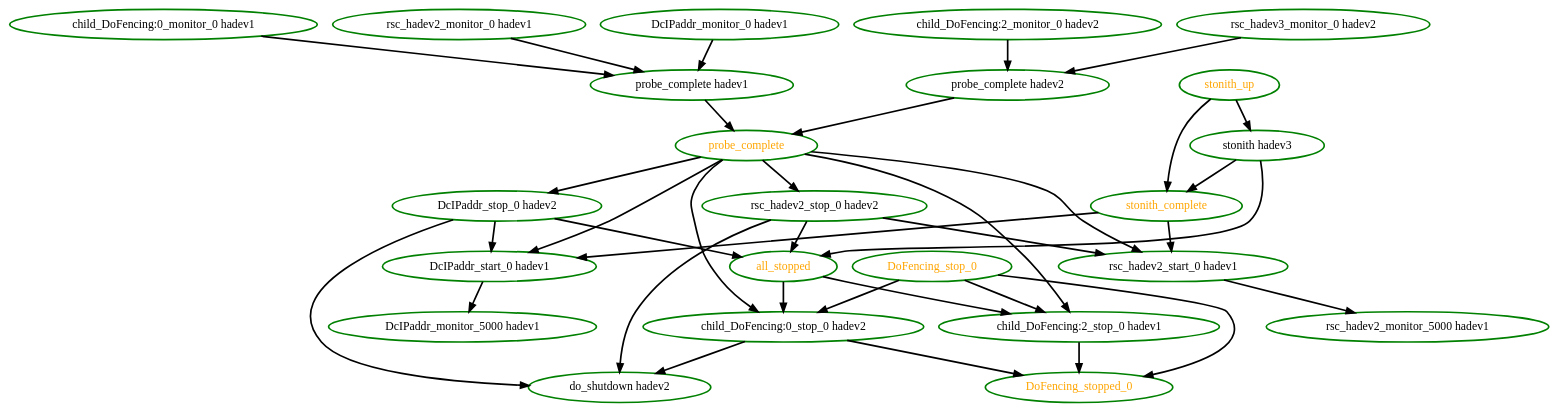
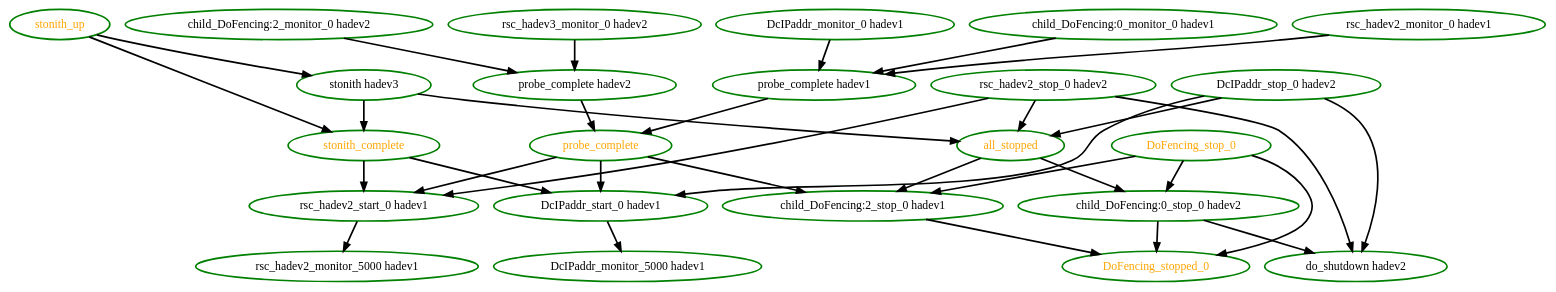
Before and after one commit to ClusterLabs/pacemaker: the diagram in pengine/test10/594.dot, drawn with Graphviz. The commit also changed 17 other files, not shown here.

```diff
--- a/pengine/test10/594.dot
+++ b/pengine/test10/594.dot
@@ -1,60 +1,57 @@
 digraph "g" {
 "DcIPaddr_monitor_0 hadev1" -> "probe_complete hadev1" [ style = bold]
 "DcIPaddr_monitor_0 hadev1" [ style=bold color="green" fontcolor="black" ]
 "DcIPaddr_monitor_5000 hadev1" [ style=bold color="green" fontcolor="black" ]
 "DcIPaddr_start_0 hadev1" -> "DcIPaddr_monitor_5000 hadev1" [ style = bold]
 "DcIPaddr_start_0 hadev1" [ style=bold color="green" fontcolor="black" ]
 "DcIPaddr_stop_0 hadev2" -> "DcIPaddr_start_0 hadev1" [ style = bold]
 "DcIPaddr_stop_0 hadev2" -> "all_stopped" [ style = bold]
 "DcIPaddr_stop_0 hadev2" -> "do_shutdown hadev2" [ style = bold]
 "DcIPaddr_stop_0 hadev2" [ style=bold color="green" fontcolor="black" ]
 "DoFencing_stop_0" -> "DoFencing_stopped_0" [ style = bold]
 "DoFencing_stop_0" -> "child_DoFencing:0_stop_0 hadev2" [ style = bold]
 "DoFencing_stop_0" -> "child_DoFencing:2_stop_0 hadev1" [ style = bold]
 "DoFencing_stop_0" [ style=bold color="green" fontcolor="orange" ]
 "DoFencing_stopped_0" [ style=bold color="green" fontcolor="orange" ]
 "all_stopped" -> "child_DoFencing:0_stop_0 hadev2" [ style = bold]
 "all_stopped" -> "child_DoFencing:2_stop_0 hadev1" [ style = bold]
 "all_stopped" [ style=bold color="green" fontcolor="orange" ]
 "child_DoFencing:0_monitor_0 hadev1" -> "probe_complete hadev1" [ style = bold]
 "child_DoFencing:0_monitor_0 hadev1" [ style=bold color="green" fontcolor="black" ]
 "child_DoFencing:0_stop_0 hadev2" -> "DoFencing_stopped_0" [ style = bold]
 "child_DoFencing:0_stop_0 hadev2" -> "do_shutdown hadev2" [ style = bold]
 "child_DoFencing:0_stop_0 hadev2" [ style=bold color="green" fontcolor="black" ]
 "child_DoFencing:2_monitor_0 hadev2" -> "probe_complete hadev2" [ style = bold]
 "child_DoFencing:2_monitor_0 hadev2" [ style=bold color="green" fontcolor="black" ]
 "child_DoFencing:2_stop_0 hadev1" -> "DoFencing_stopped_0" [ style = bold]
 "child_DoFencing:2_stop_0 hadev1" [ style=bold color="green" fontcolor="black" ]
 "do_shutdown hadev2" [ style=bold color="green" fontcolor="black" ]
 "probe_complete hadev1" -> "probe_complete" [ style = bold]
 "probe_complete hadev1" [ style=bold color="green" fontcolor="black" ]
 "probe_complete hadev2" -> "probe_complete" [ style = bold]
 "probe_complete hadev2" [ style=bold color="green" fontcolor="black" ]
 "probe_complete" -> "DcIPaddr_start_0 hadev1" [ style = bold]
-"probe_complete" -> "DcIPaddr_stop_0 hadev2" [ style = bold]
-"probe_complete" -> "child_DoFencing:0_stop_0 hadev2" [ style = bold]
 "probe_complete" -> "child_DoFencing:2_stop_0 hadev1" [ style = bold]
 "probe_complete" -> "rsc_hadev2_start_0 hadev1" [ style = bold]
-"probe_complete" -> "rsc_hadev2_stop_0 hadev2" [ style = bold]
 "probe_complete" [ style=bold color="green" fontcolor="orange" ]
 "rsc_hadev2_monitor_0 hadev1" -> "probe_complete hadev1" [ style = bold]
 "rsc_hadev2_monitor_0 hadev1" [ style=bold color="green" fontcolor="black" ]
 "rsc_hadev2_monitor_5000 hadev1" [ style=bold color="green" fontcolor="black" ]
 "rsc_hadev2_start_0 hadev1" -> "rsc_hadev2_monitor_5000 hadev1" [ style = bold]
 "rsc_hadev2_start_0 hadev1" [ style=bold color="green" fontcolor="black" ]
 "rsc_hadev2_stop_0 hadev2" -> "all_stopped" [ style = bold]
 "rsc_hadev2_stop_0 hadev2" -> "do_shutdown hadev2" [ style = bold]
 "rsc_hadev2_stop_0 hadev2" -> "rsc_hadev2_start_0 hadev1" [ style = bold]
 "rsc_hadev2_stop_0 hadev2" [ style=bold color="green" fontcolor="black" ]
 "rsc_hadev3_monitor_0 hadev2" -> "probe_complete hadev2" [ style = bold]
 "rsc_hadev3_monitor_0 hadev2" [ style=bold color="green" fontcolor="black" ]
 "stonith hadev3" -> "all_stopped" [ style = bold]
 "stonith hadev3" -> "stonith_complete" [ style = bold]
 "stonith hadev3" [ style=bold color="green" fontcolor="black" ]
 "stonith_complete" -> "DcIPaddr_start_0 hadev1" [ style = bold]
 "stonith_complete" -> "rsc_hadev2_start_0 hadev1" [ style = bold]
 "stonith_complete" [ style=bold color="green" fontcolor="orange" ]
 "stonith_up" -> "stonith hadev3" [ style = bold]
 "stonith_up" -> "stonith_complete" [ style = bold]
 "stonith_up" [ style=bold color="green" fontcolor="orange" ]
 }
```
